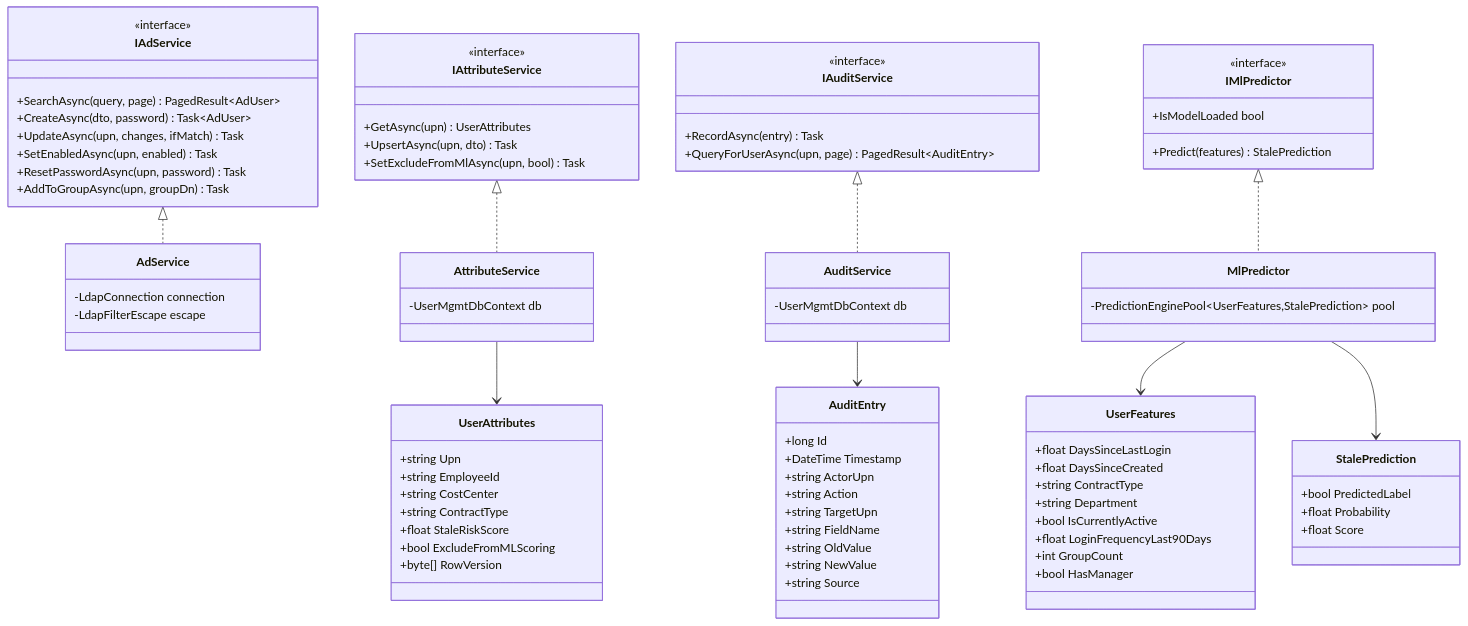
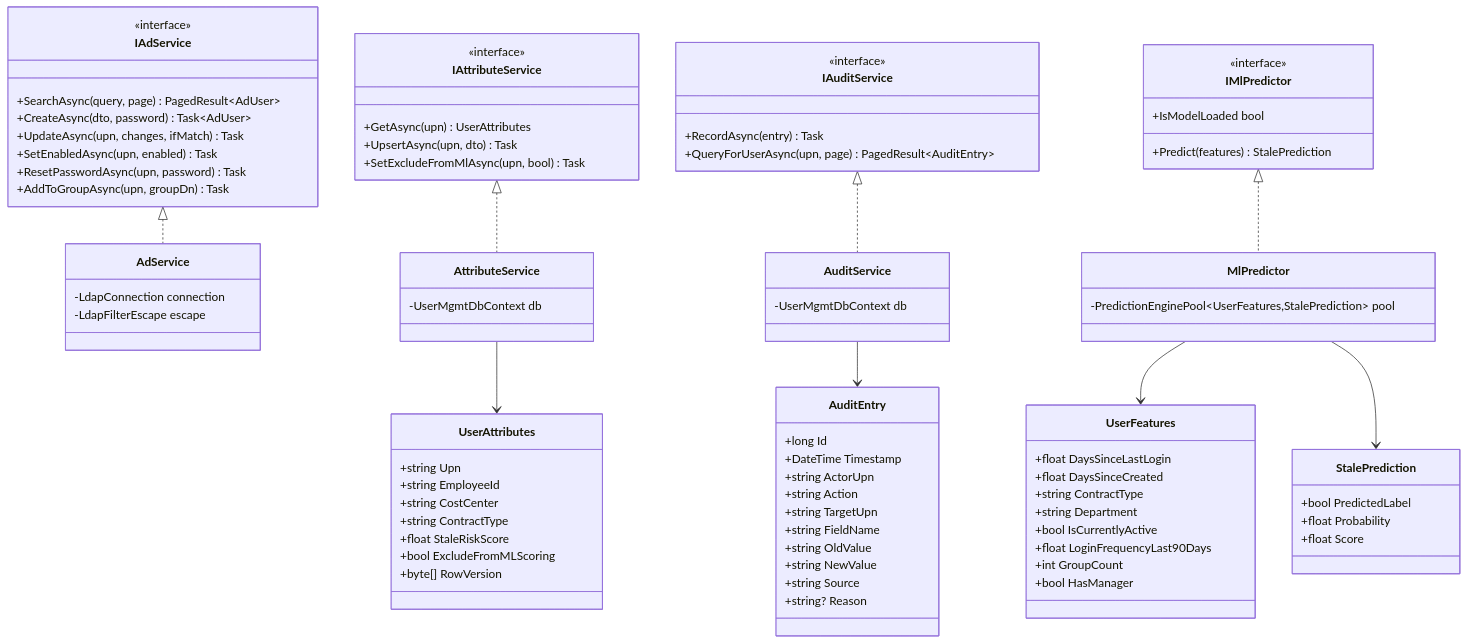
Before and after one commit to arthurkahwa/ad-user-management: the second of 5 diagrams in README.md, drawn with Mermaid. The commit also changed other lines of this file and 1 other file, not shown here.

First line of the commit message:
Reconcile architecture spec with design-review decisions

```diff
--- a/README.md
+++ b/README.md
@@ -275,6 +287,7 @@
         +string OldValue
         +string NewValue
         +string Source
+        +string? Reason
     }
 
     class UserFeatures {
```
